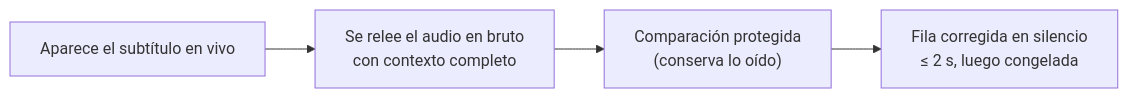
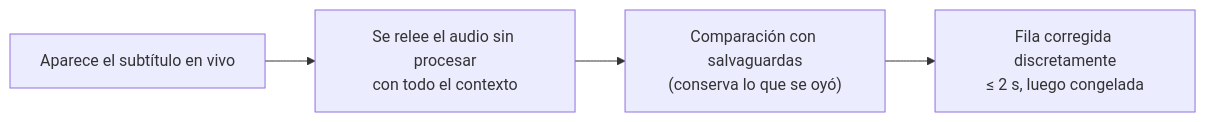
One commit to rpalm01-star/VigilantEarLegal changed the third of 4 diagrams in README_es.md. Above: the diagram before and after it, drawn with Mermaid. The commit also changed other lines of this file and 29 other files, not shown here.

````diff
--- a/README_es.md
+++ b/README_es.md
@@ -149,4 +157,4 @@
 ```mermaid
 graph LR
-    L["Aparece el subtítulo en vivo"] --> K["Se relee el audio en bruto<br/>con contexto completo"] --> V["Comparación protegida<br/>(conserva lo oído)"] --> W["Fila corregida en silencio<br/>≤ 2 s, luego congelada"]
+    L["Aparece el subtítulo en vivo"] --> K["Se relee el audio sin procesar<br/>con todo el contexto"] --> V["Comparación con salvaguardas<br/>(conserva lo que se oyó)"] --> W["Fila corregida discretamente<br/>≤ 2 s, luego congelada"]
 ```
````
